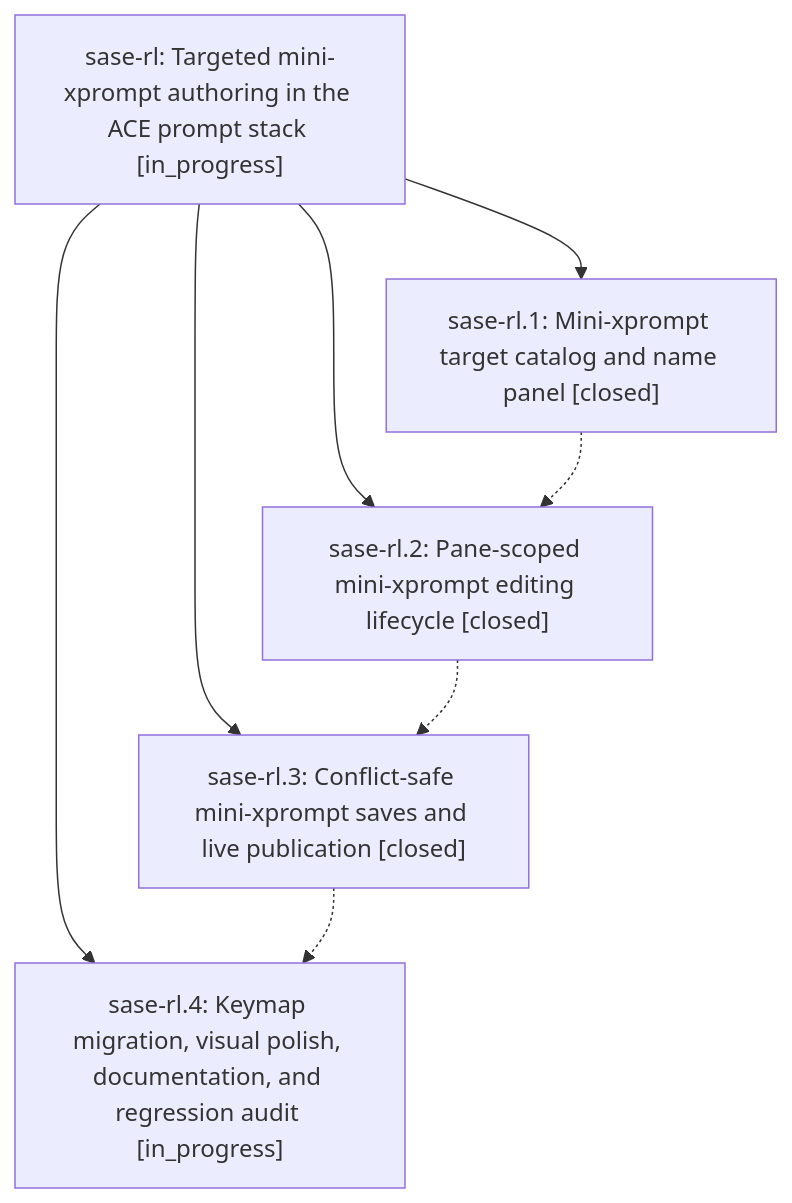
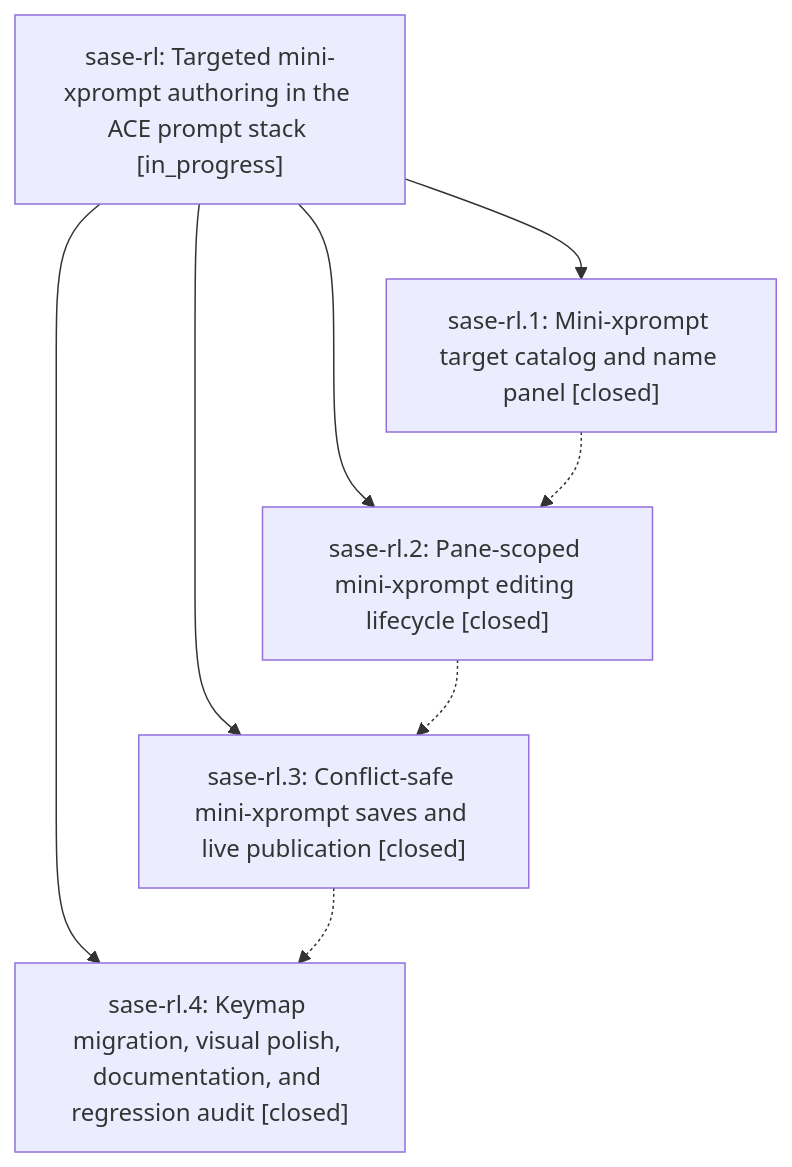
One commit to sase-org/sase--beads changed the diagram in pages/sase-rl/README.md. Above: the diagram before and after it, drawn with Mermaid. The commit also changed other lines of this file and 2 other files, not shown here.

First line of the commit message:
chore(beads): sync bead state and pages for sase-rl

````diff
--- a/pages/sase-rl/README.md
+++ b/pages/sase-rl/README.md
@@ -25,15 +25,15 @@
 ```mermaid
 flowchart TD
     n0["sase-rl: Targeted mini-xprompt authoring in the ACE prompt stack [in_progress]"]
     n1["sase-rl.1: Mini-xprompt target catalog and name panel [closed]"]
     n2["sase-rl.2: Pane-scoped mini-xprompt editing lifecycle [closed]"]
     n3["sase-rl.3: Conflict-safe mini-xprompt saves and live publication [closed]"]
-    n4["sase-rl.4: Keymap migration, visual polish, documentation, and regression audit [in_progress]"]
+    n4["sase-rl.4: Keymap migration, visual polish, documentation, and regression audit [closed]"]
     n0 --> n1
     n0 --> n2
     n0 --> n3
     n0 --> n4
     n1 -.-> n2
     n2 -.-> n3
     n3 -.-> n4
 ```
````
